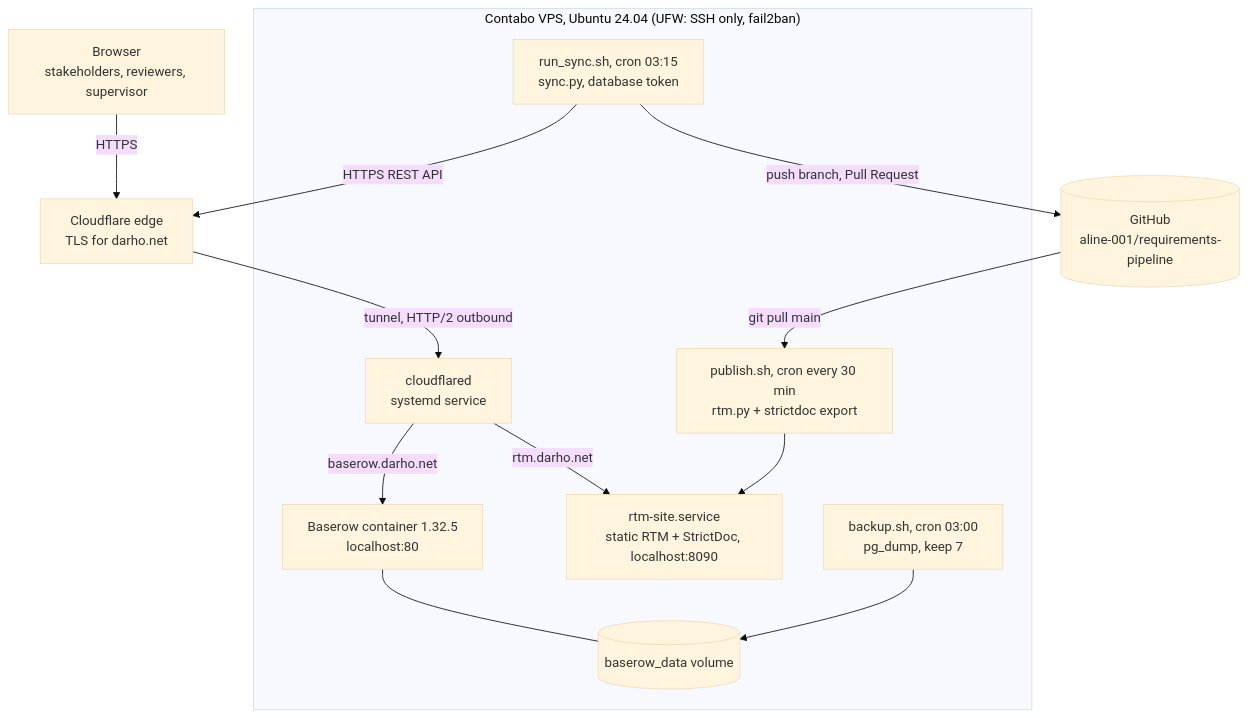
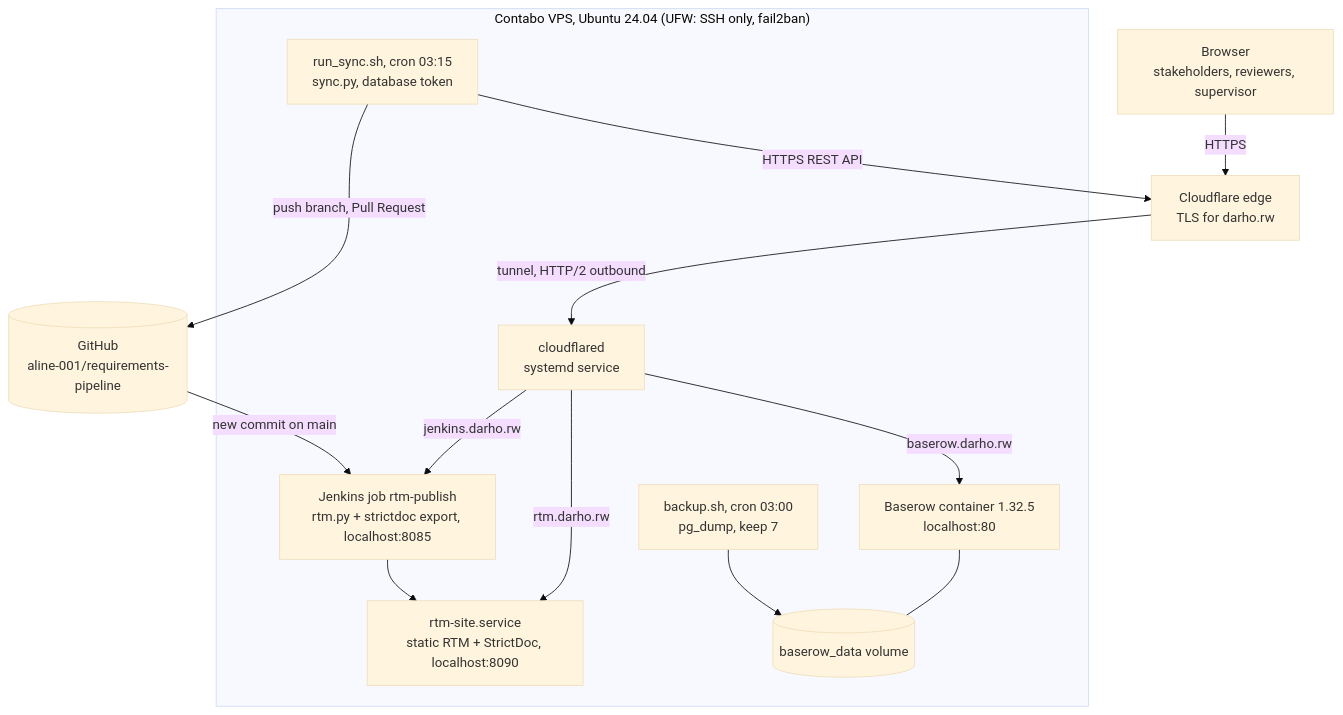
The third of 9 diagrams in SUBMISSION.md (aline-001/requirements-pipeline), drawn with Mermaid (base theme) before and after one commit. The commit also changed other lines of this file, not shown here.

Commit message:
SUBMISSION: Jenkins section, links moved to darho.rw

````diff
--- a/SUBMISSION.md
+++ b/SUBMISSION.md
@@ -432,19 +435,20 @@
 ```mermaid
 flowchart TB
-    Browser["Browser<br/>stakeholders, reviewers, supervisor"] -->|HTTPS| CF["Cloudflare edge<br/>TLS for darho.net"]
+    Browser["Browser<br/>stakeholders, reviewers, supervisor"] -->|HTTPS| CF["Cloudflare edge<br/>TLS for darho.rw"]
     CF -->|"tunnel, HTTP/2 outbound"| CFD
 
     subgraph VPS["Contabo VPS, Ubuntu 24.04 (UFW: SSH only, fail2ban)"]
         CFD["cloudflared<br/>systemd service"]
-        CFD -->|"baserow.darho.net"| Baserow["Baserow container 1.32.5<br/>localhost:80"]
-        CFD -->|"rtm.darho.net"| Site["rtm-site.service<br/>static RTM + StrictDoc, localhost:8090"]
+        CFD -->|"baserow.darho.rw"| Baserow["Baserow container 1.32.5<br/>localhost:80"]
+        CFD -->|"rtm.darho.rw"| Site["rtm-site.service<br/>static RTM + StrictDoc, localhost:8090"]
+        CFD -->|"jenkins.darho.rw"| Jenkins
         Baserow --- Vol[("baserow_data volume")]
         Backup["backup.sh, cron 03:00<br/>pg_dump, keep 7"] --> Vol
         Sync["run_sync.sh, cron 03:15<br/>sync.py, database token"]
-        Publish["publish.sh, cron every 30 min<br/>rtm.py + strictdoc export"] --> Site
+        Jenkins["Jenkins job rtm-publish<br/>rtm.py + strictdoc export, localhost:8085"] --> Site
     end
 
     Sync -->|"HTTPS REST API"| CF
     Sync -->|"push branch, Pull Request"| Git[("GitHub<br/>aline-001/requirements-pipeline")]
-    Git -->|"git pull main"| Publish
+    Git -->|"new commit on main"| Jenkins
 ```
````
